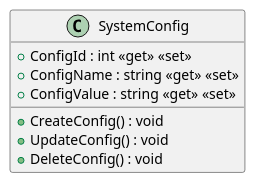
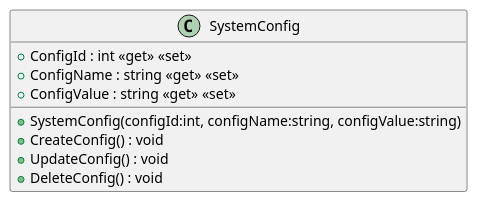
Before and after one commit to lh1207/AeroAssist: the diagram in puml/SystemConfig.puml, drawn with PlantUML. The commit also changed 13 other files, not shown here.

Commit message:
Generate PlantUML diagram

```diff
--- a/puml/SystemConfig.puml
+++ b/puml/SystemConfig.puml
@@ -1,10 +1,11 @@
 @startuml
 class SystemConfig {
     + ConfigId : int <<get>> <<set>>
     + ConfigName : string <<get>> <<set>>
     + ConfigValue : string <<get>> <<set>>
+    + SystemConfig(configId:int, configName:string, configValue:string)
     + CreateConfig() : void
     + UpdateConfig() : void
     + DeleteConfig() : void
 }
 @enduml
```
